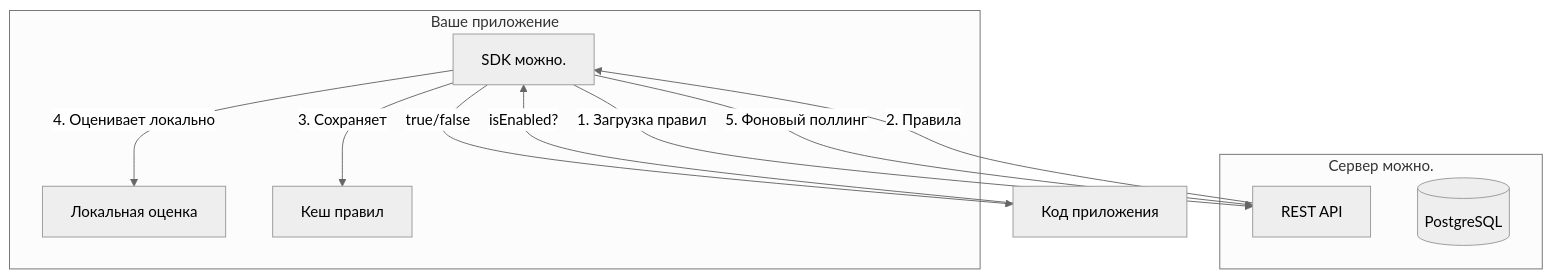
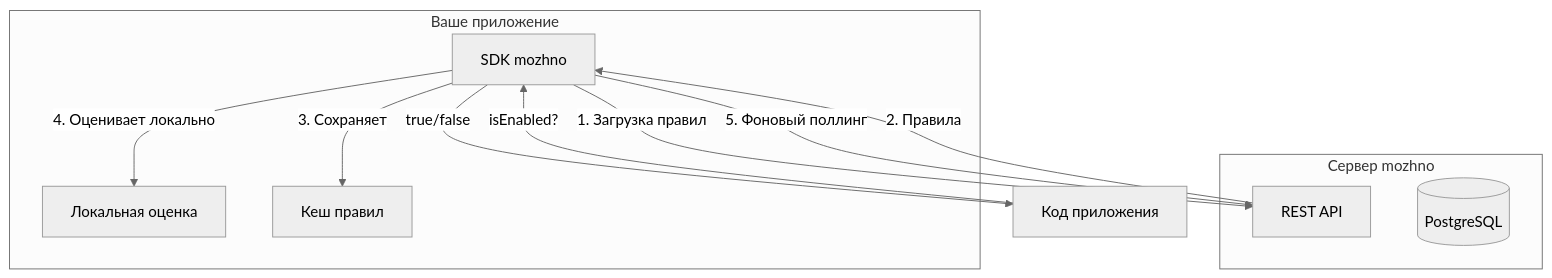
The first of 2 diagrams in docs/sdk/overview.md (edgar-dev20/mozhno), drawn with Mermaid (neutral theme) before and after one commit. The commit also changed other lines of this file and 33 other files, not shown here.

Commit message:
docs: rewrite getting-started, fix env model, mermaid latin labels, table header brand styling, SDK+arch corrections

````diff
--- a/docs/sdk/overview.md
+++ b/docs/sdk/overview.md
@@ -7,20 +7,20 @@
 ```mermaid
 graph TD
     subgraph "Ваше приложение"
-        SDK[SDK можно.]
+        SDK[SDK mozhno]
         EVAL[Локальная оценка]
         CACHE[Кеш правил]
     end
-    subgraph "Сервер можно."
+    subgraph "Сервер mozhno"
         API[REST API]
         DB[(PostgreSQL)]
     end
 
     SDK -->|1. Загрузка правил| API
     API -->|2. Правила| SDK
     SDK -->|3. Сохраняет| CACHE
     SDK -->|4. Оценивает локально| EVAL
     SDK -->|5. Фоновый поллинг| API
     APP[Код приложения] -->|isEnabled?| SDK
     SDK -->|true/false| APP
 ```
````
